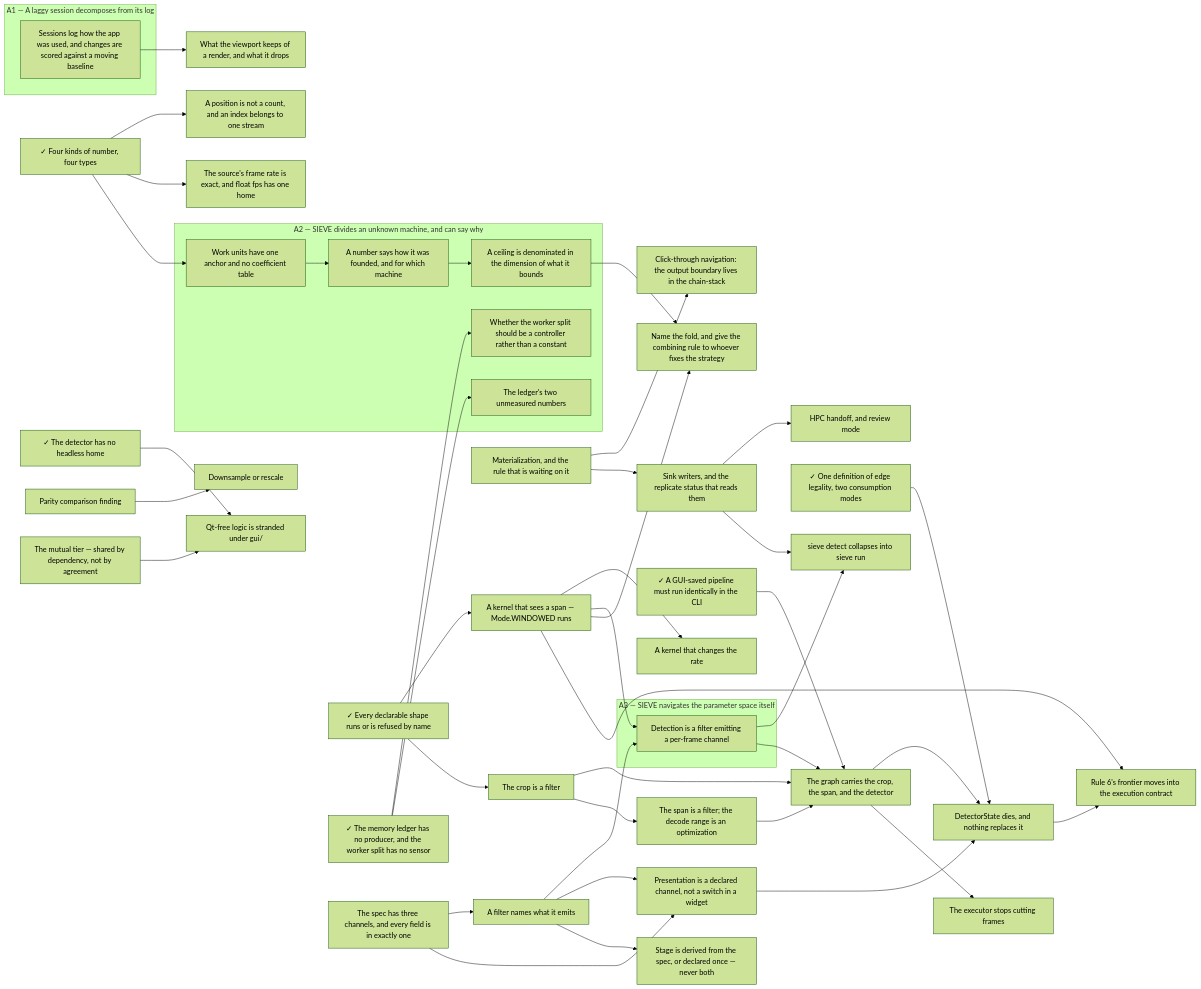
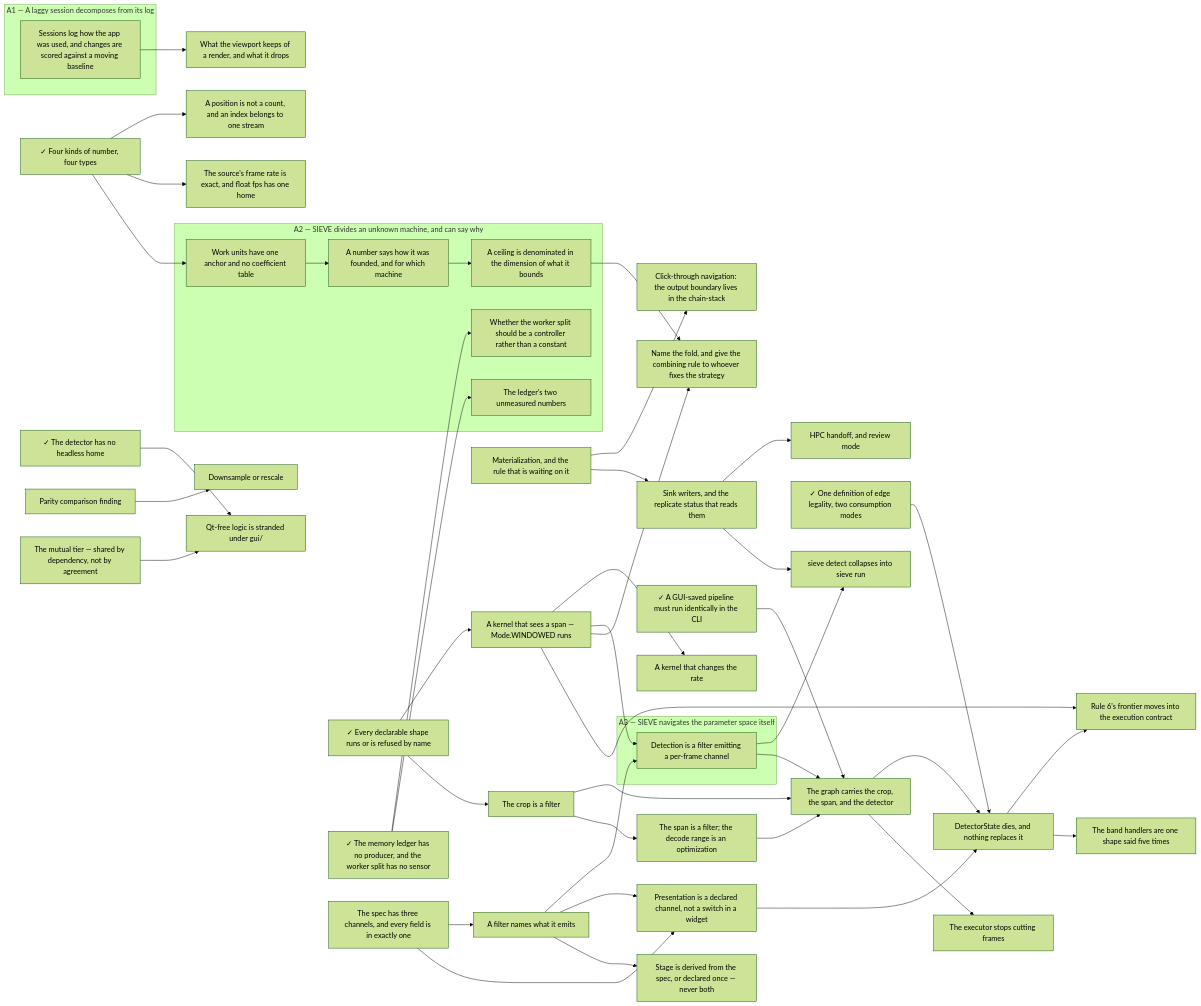
The diagram in docs/.state.md (soulsynapse/antscihub-SIEVE), drawn with Mermaid (forest theme) before and after one commit. The commit also changed other lines of this file and 5 other files, not shown here.

```diff
--- a/docs/.state.md
+++ b/docs/.state.md
@@ -161,6 +164,7 @@
     sieve_detect_collapses_into_sieve_run["sieve detect collapses into sieve run"]
     sink_writers["Sink writers, and the replicate status that reads them"]
     stage_is_derived_or_declared_once["Stage is derived from the spec, or declared once — never both"]
+    the_band_handlers_are_one_shape_said_five_times["The band handlers are one shape said five times"]
     the_crop_is_a_filter["The crop is a filter"]
     the_executor_stops_cutting_frames["The executor stops cutting frames"]
     the_graph_carries_the_crop_the_span_and_the_detector["The graph carries the crop, the span, and the detector"]
@@ -197,6 +201,7 @@
     sink_writers --> sieve_detect_collapses_into_sieve_run
     materialization --> sink_writers
     a_filter_names_what_it_emits --> stage_is_derived_or_declared_once
+    detector_state_dies --> the_band_handlers_are_one_shape_said_five_times
     declarable_but_not_runnable --> the_crop_is_a_filter
     the_graph_carries_the_crop_the_span_and_the_detector --> the_executor_stops_cutting_frames
     the_crop_is_a_filter --> the_graph_carries_the_crop_the_span_and_the_detector
```
